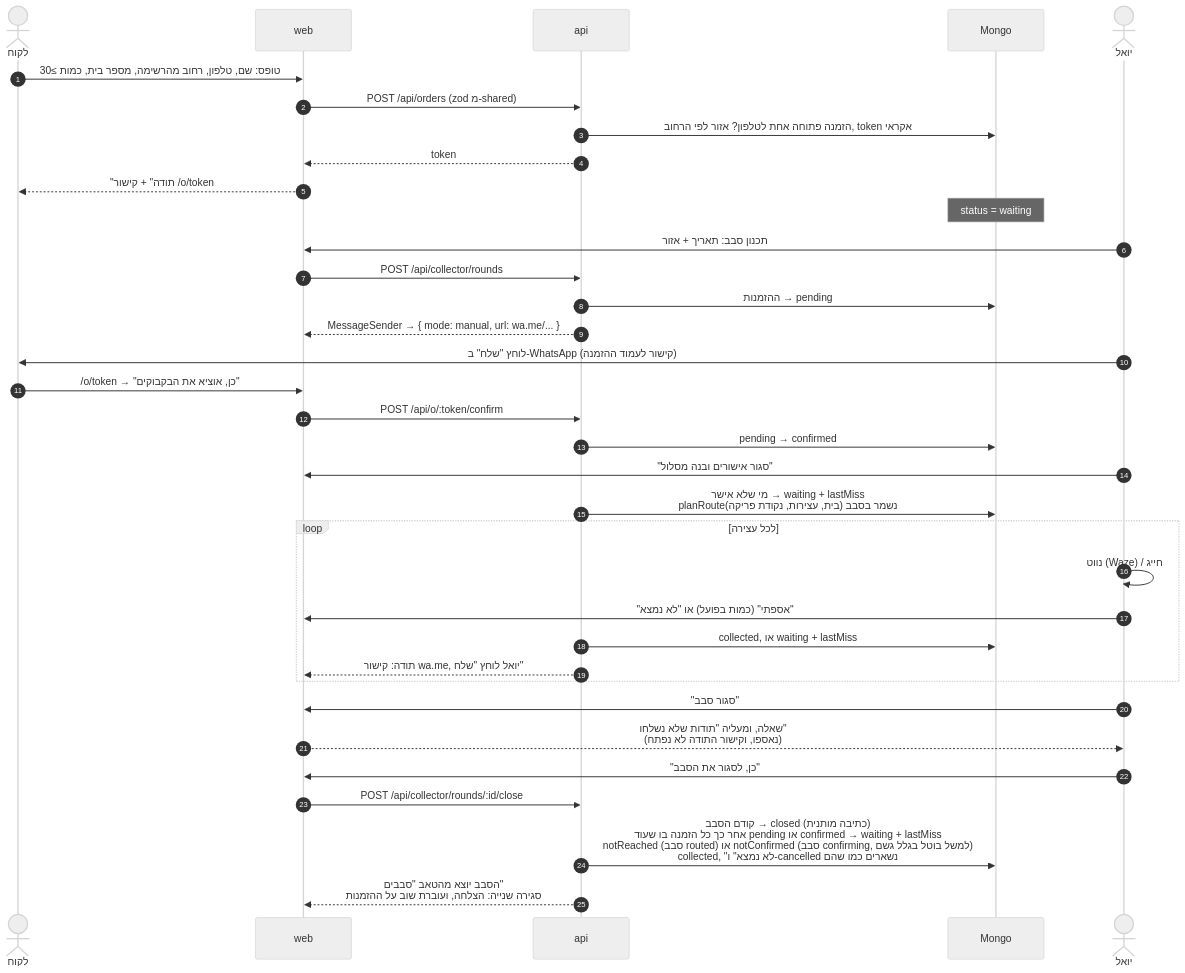
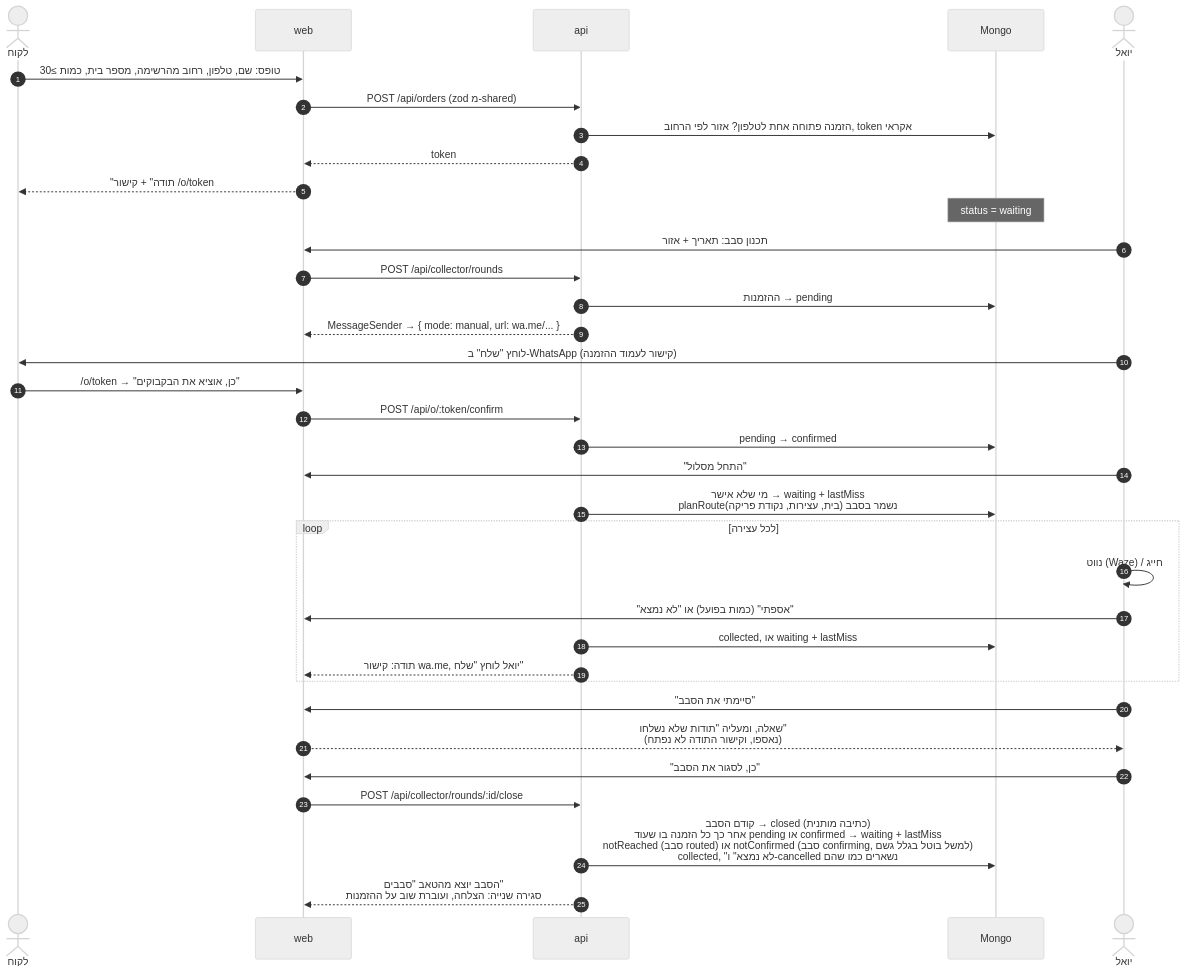
Before and after one commit to uriel-s/Latet-od: the second of 3 diagrams in ARCHITECTURE.md, drawn with Mermaid (neutral theme). The commit also changed other lines of this file and 1 other file, not shown here.

Commit message:
Update spec and architecture to the new round button names

````diff
--- a/ARCHITECTURE.md
+++ b/ARCHITECTURE.md
@@ -64,41 +64,41 @@
 ```mermaid
 sequenceDiagram
     autonumber
     actor L as לקוח
     participant W as web
     participant A as api
     participant D as Mongo
     actor Y as יואל
 
     L->>W: טופס: שם, טלפון, רחוב מהרשימה, מספר בית, כמות ≥30
     W->>A: POST /api/orders (zod מ-shared)
     A->>D: הזמנה פתוחה אחת לטלפון? אזור לפי הרחוב, token אקראי
     A-->>W: token
     W-->>L: "תודה" + קישור /o/token
     Note over D: status = waiting
 
     Y->>W: תכנון סבב: תאריך + אזור
     W->>A: POST /api/collector/rounds
     A->>D: ההזמנות → pending
     A-->>W: MessageSender → { mode: manual, url: wa.me/... }
     Y->>L: לוחץ "שלח" ב-WhatsApp (קישור לעמוד ההזמנה)
 
     L->>W: /o/token → "כן, אוציא את הבקבוקים"
     W->>A: POST /api/o/:token/confirm
     A->>D: pending → confirmed
 
-    Y->>W: "סגור אישורים ובנה מסלול"
+    Y->>W: "התחל מסלול"
     A->>D: מי שלא אישר → waiting + lastMiss<br/>planRoute(בית, עצירות, נקודת פריקה) נשמר בסבב
     loop לכל עצירה
         Y->>Y: נווט (Waze) / חייג
         Y->>W: "אספתי" (כמות בפועל) או "לא נמצא"
         A->>D: collected, או waiting + lastMiss
         A-->>W: תודה: קישור wa.me, יואל לוחץ "שלח"
     end
-    Y->>W: "סגור סבב"
+    Y->>W: "סיימתי את הסבב"
     W-->>Y: שאלה, ומעליה "תודות שלא נשלחו"<br/>(נאספו, וקישור התודה לא נפתח)
     Y->>W: "כן, לסגור את הסבב"
     W->>A: POST /api/collector/rounds/:id/close
     A->>D: קודם הסבב → closed (כתיבה מותנית)<br/>אחר כך כל הזמנה בו שעוד pending או confirmed → waiting + lastMiss<br/>notReached (סבב routed) או notConfirmed (סבב confirming, למשל בוטל בגלל גשם)<br/>collected, "לא נמצא" ו-cancelled נשארים כמו שהם
     A-->>W: הסבב יוצא מהטאב "סבבים"<br/>סגירה שנייה: הצלחה, ועוברת שוב על ההזמנות
 ```
````
